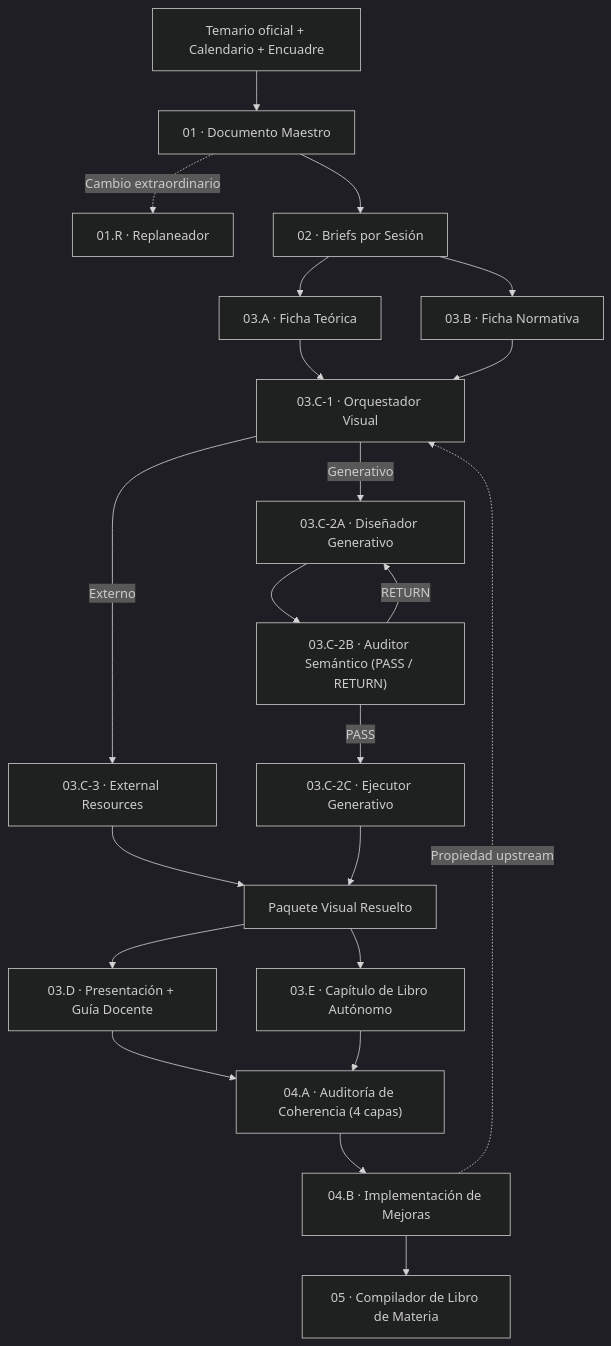
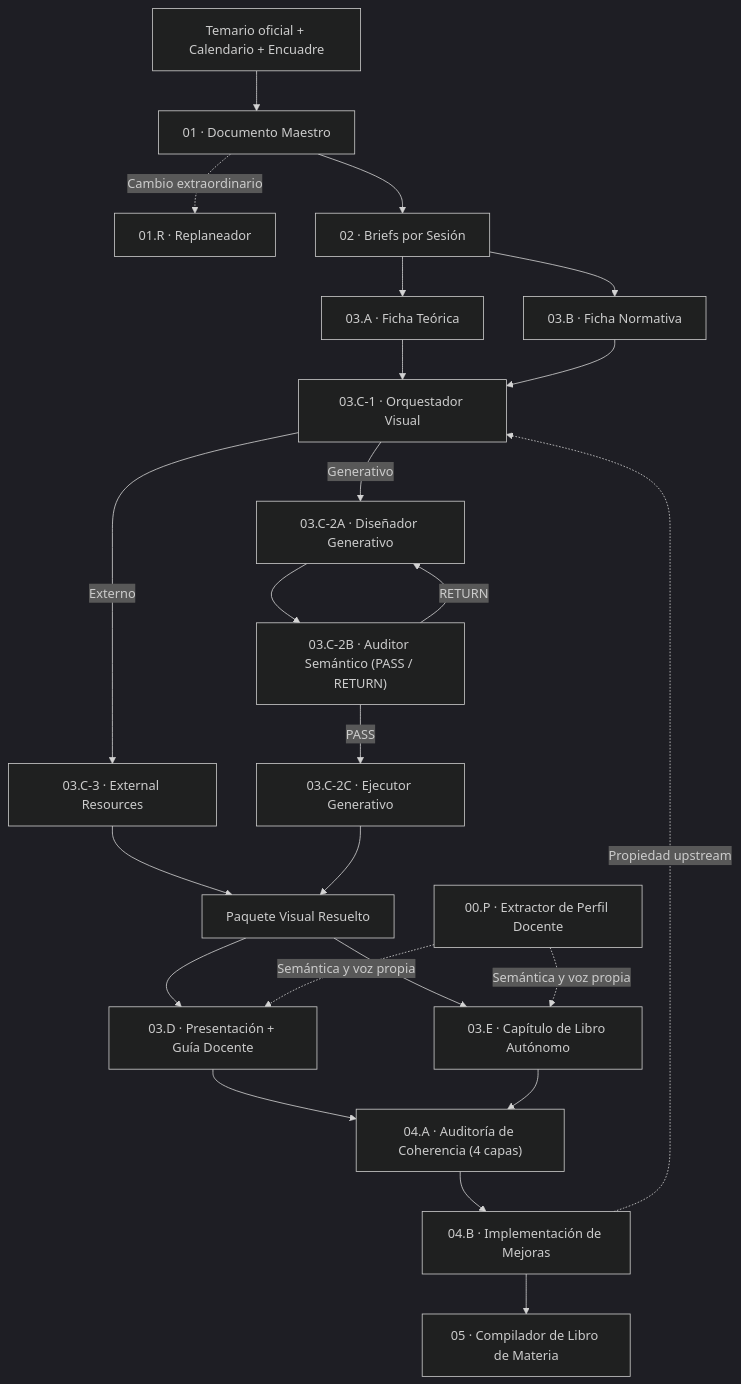
The diagram in README.md (Czbm/flujo-diseno-cursos), drawn with Mermaid (dark theme) before and after one commit. The commit also changed other lines of this file and 3 other files, not shown here.

````diff
--- a/README.md
+++ b/README.md
@@ -59,31 +60,34 @@
 ```mermaid
 flowchart TD
     IN["Temario oficial + Calendario + Encuadre"] --> S01["01 · Documento Maestro"]
     S01 -. "Cambio extraordinario" .-> S01R["01.R · Replaneador"]
     S01 --> S02["02 · Briefs por Sesión"]
 
     S02 --> S03A["03.A · Ficha Teórica"]
     S02 --> S03B["03.B · Ficha Normativa"]
 
     S03A --> S03C1["03.C-1 · Orquestador Visual"]
     S03B --> S03C1
 
     S03C1 -- "Externo" --> S03C3["03.C-3 · External Resources"]
     S03C1 -- "Generativo" --> S03C2A["03.C-2A · Diseñador Generativo"]
     S03C2A --> S03C2B["03.C-2B · Auditor Semántico (PASS / RETURN)"]
     S03C2B -- "RETURN" --> S03C2A
     S03C2B -- "PASS" --> S03C2C["03.C-2C · Ejecutor Generativo"]
 
     S03C3 --> VIS["Paquete Visual Resuelto"]
     S03C2C --> VIS
 
     VIS --> S03D["03.D · Presentación + Guía Docente"]
     VIS --> S03E["03.E · Capítulo de Libro Autónomo"]
 
+    S00P["00.P · Extractor de Perfil Docente"] -. "Semántica y voz propia" .-> S03D
+    S00P -. "Semántica y voz propia" .-> S03E
+
     S03D --> S04A["04.A · Auditoría de Coherencia (4 capas)"]
     S03E --> S04A
 
     S04A --> S04B["04.B · Implementación de Mejoras"]
     S04B -. "Propiedad upstream" .-> S03C1
     S04B --> S05["05 · Compilador de Libro de Materia"]
 ```
````
